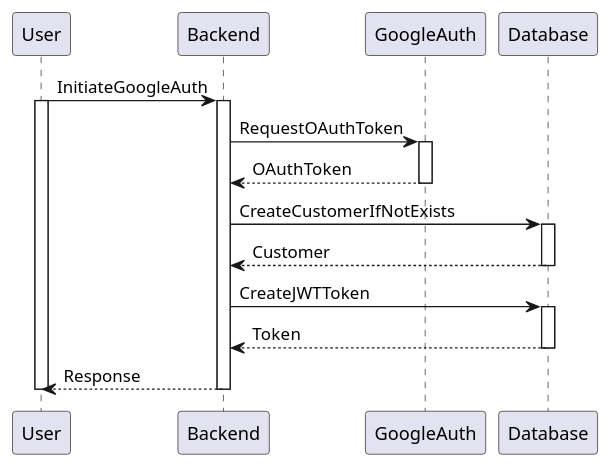
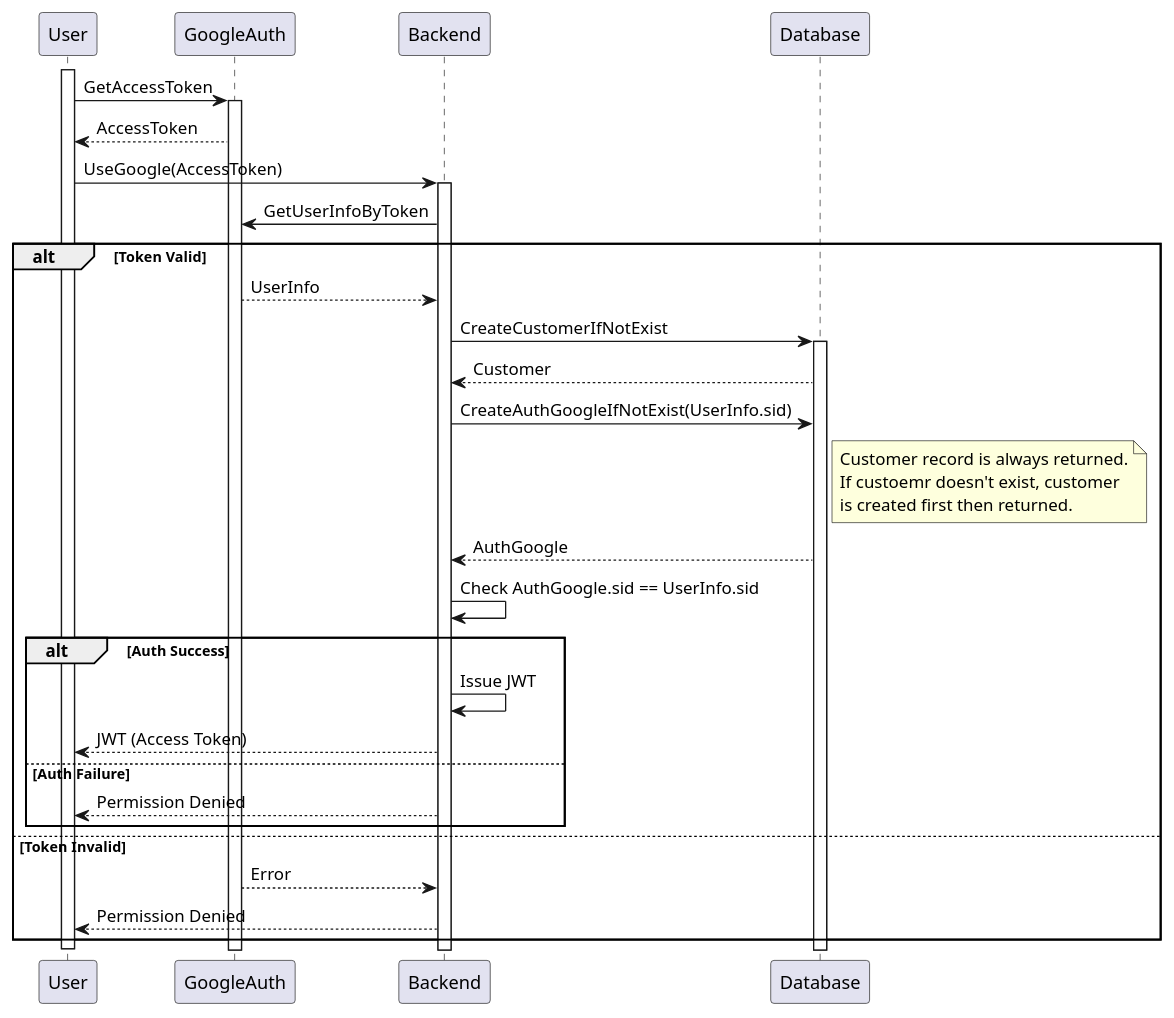
The second of 15 diagrams in docs/diagrams/sequence-diagrams/all-sequence-diagrams.puml (jadwalapp/symmetrical-spoon), drawn with PlantUML before and after one commit. The commit also changed other lines of this file and 4 other files, not shown here.

Commit message:
do 3 sequence diagrams

```diff
--- a/docs/diagrams/sequence-diagrams/all-sequence-diagrams.puml
+++ b/docs/diagrams/sequence-diagrams/all-sequence-diagrams.puml
@@ -18,16 +43,32 @@
 @startuml Continue with Google
-User -> Backend ++ : InitiateGoogleAuth
 activate User
 
-Backend -> GoogleAuth ++ : RequestOAuthToken
-GoogleAuth --> Backend -- : OAuthToken
+User -> GoogleAuth ++ : GetAccessToken
+GoogleAuth --> User : AccessToken
 
-Backend -> Database ++ : CreateCustomerIfNotExists
-Database --> Backend -- : Customer
+User -> Backend ++ : UseGoogle(AccessToken)
+Backend -> GoogleAuth : GetUserInfoByToken
+alt Token Valid
+    GoogleAuth --> Backend : UserInfo
+    
+    Backend -> Database ++ : CreateCustomerIfNotExist
+    Database --> Backend : Customer
 
-Backend -> Database ++ : CreateJWTToken
-Database --> Backend -- : Token
+    Backend -> Database : CreateAuthGoogleIfNotExist(UserInfo.sid)
+    note right of Database : Customer record is always returned.\nIf custoemr doesn't exist, customer\nis created first then returned.
+    Database --> Backend : AuthGoogle
 
-Backend --> User -- : Response
+    Backend -> Backend : Check AuthGoogle.sid == UserInfo.sid
+    alt Auth Success
+        Backend -> Backend : Issue JWT
+        Backend --> User : JWT (Access Token)
+    else Auth Failure
+        Backend --> User : Permission Denied
+    end
+else Token Invalid
+    GoogleAuth --> Backend : Error
+    Backend --> User : Permission Denied
+end
+
 deactivate User
 @enduml
```
